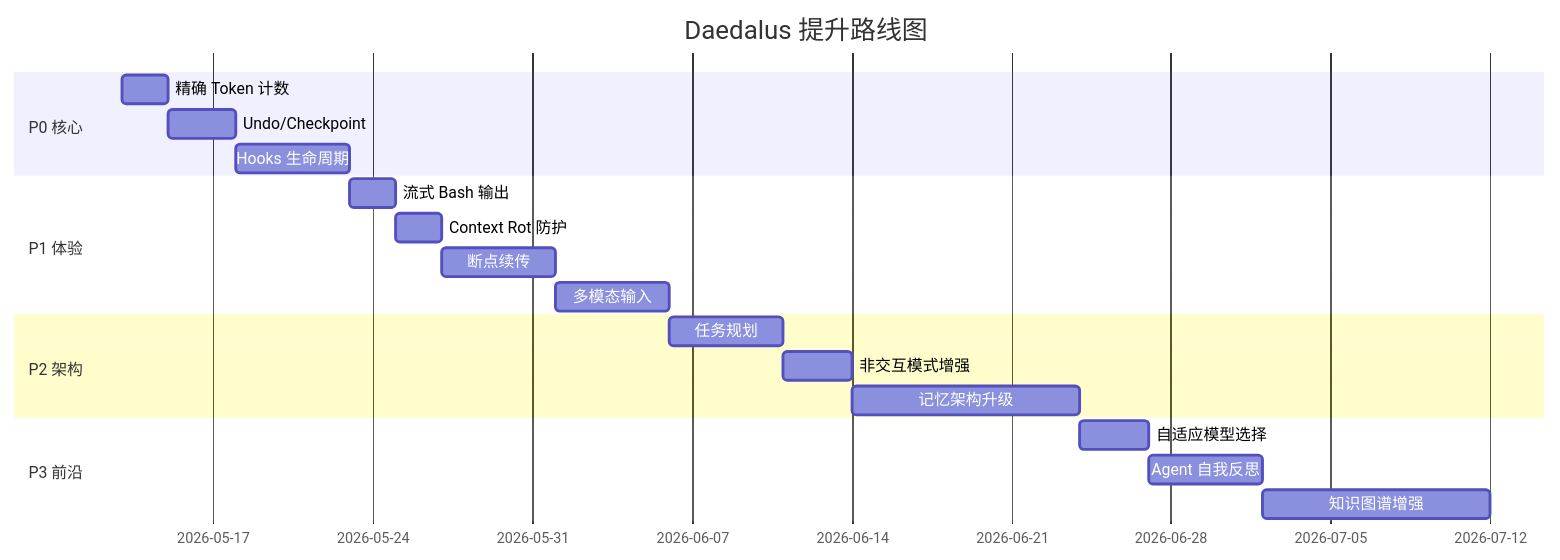
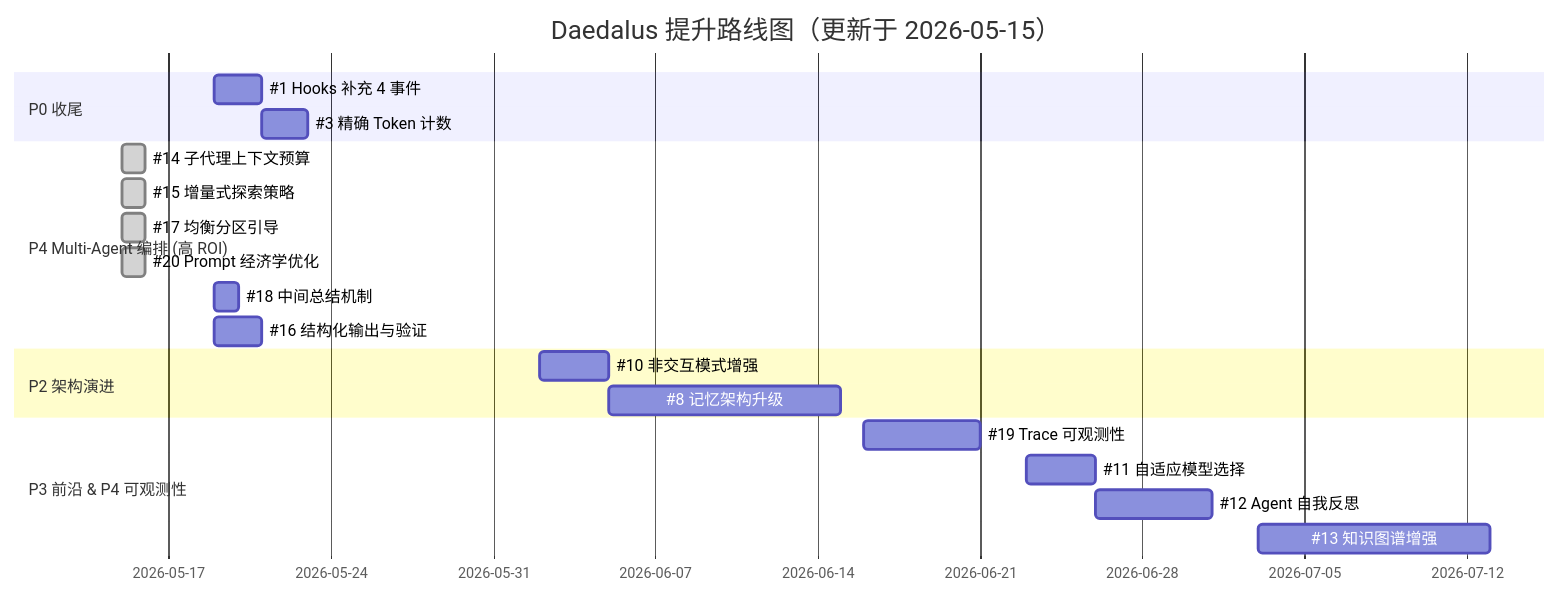
The first of 2 diagrams in docs/design/improvement-roadmap-2026-05.md (darkinsky/daedalus), drawn with Mermaid before and after one commit. The commit also changed other lines of this file and 9 other files, not shown here.

First line of the commit message:
feat: implement P4 Multi-Agent orchestration optimizations (#14, #15, #17, #20)

````diff
--- a/docs/design/improvement-roadmap-2026-05.md
+++ b/docs/design/improvement-roadmap-2026-05.md
@@ -952,22 +1000,27 @@
 ```mermaid
 gantt
-    title Daedalus 提升路线图
+    title Daedalus 提升路线图（更新于 2026-05-15）
     dateFormat  YYYY-MM-DD
-    section P0 核心
-    精确 Token 计数       :p0_3, 2026-05-13, 2d
-    Undo/Checkpoint       :p0_2, after p0_3, 3d
-    Hooks 生命周期        :p0_1, after p0_2, 5d
-    section P1 体验
-    流式 Bash 输出        :p1_4, after p0_1, 2d
-    Context Rot 防护      :p1_6, after p1_4, 2d
-    断点续传              :p1_5, after p1_6, 5d
-    多模态输入            :p1_7, after p1_5, 5d
-    section P2 架构
-    任务规划              :p2_9, after p1_7, 5d
-    非交互模式增强        :p2_10, after p2_9, 3d
-    记忆架构升级          :p2_8, after p2_10, 10d
-    section P3 前沿
-    自适应模型选择        :p3_11, after p2_8, 3d
-    Agent 自我反思        :p3_12, after p3_11, 5d
-    知识图谱增强          :p3_13, after p3_12, 10d
+
+    section P0 收尾
+    #1 Hooks 补充 4 事件     :p0_1, 2026-05-19, 2d
+    #3 精确 Token 计数       :p0_3, 2026-05-21, 2d
+
+    section P4 Multi-Agent 编排 (高 ROI)
+    #14 子代理上下文预算     :done, p4_14, 2026-05-15, 1d
+    #15 增量式探索策略       :done, p4_15, 2026-05-15, 1d
+    #17 均衡分区引导         :done, p4_17, 2026-05-15, 1d
+    #20 Prompt 经济学优化    :done, p4_20, 2026-05-15, 1d
+    #18 中间总结机制         :p4_18, 2026-05-19, 1d
+    #16 结构化输出与验证     :p4_16, 2026-05-19, 2d
+
+    section P2 架构演进
+    #10 非交互模式增强       :p2_10, 2026-06-02, 3d
+    #8 记忆架构升级          :p2_8, 2026-06-05, 10d
+
+    section P3 前沿 & P4 可观测性
+    #19 Trace 可观测性       :p4_19, 2026-06-16, 5d
+    #11 自适应模型选择       :p3_11, 2026-06-23, 3d
+    #12 Agent 自我反思       :p3_12, 2026-06-26, 5d
+    #13 知识图谱增强         :p3_13, 2026-07-03, 10d
 ```
````
